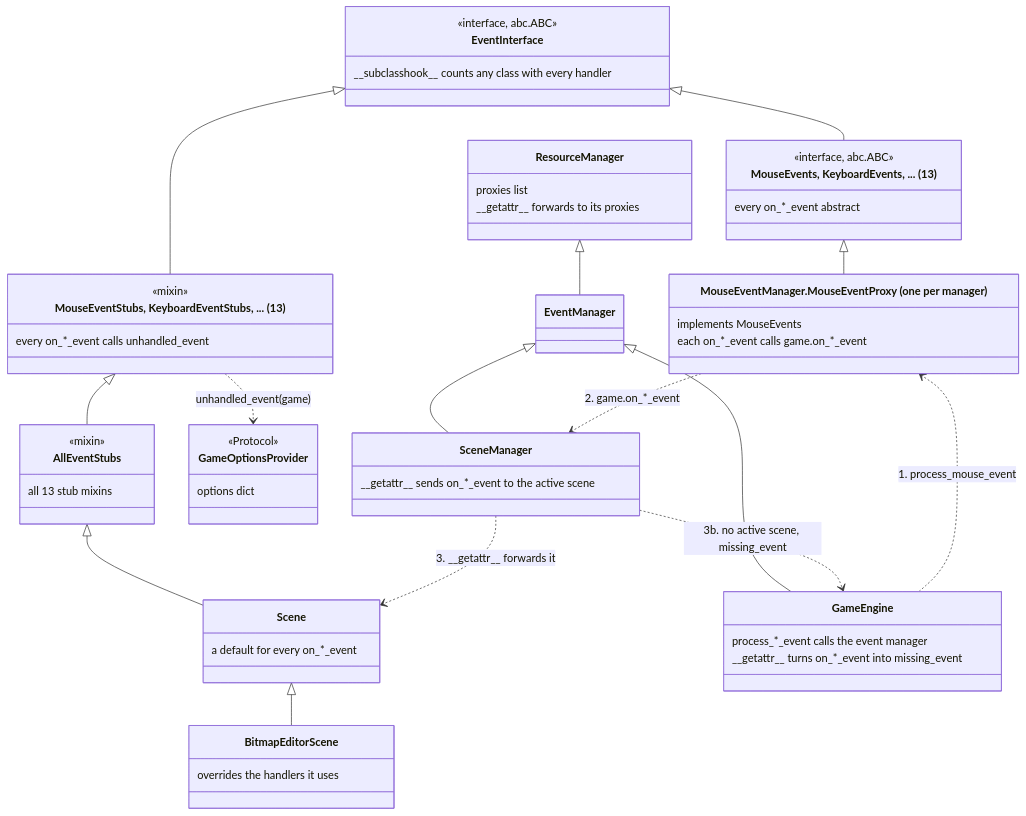
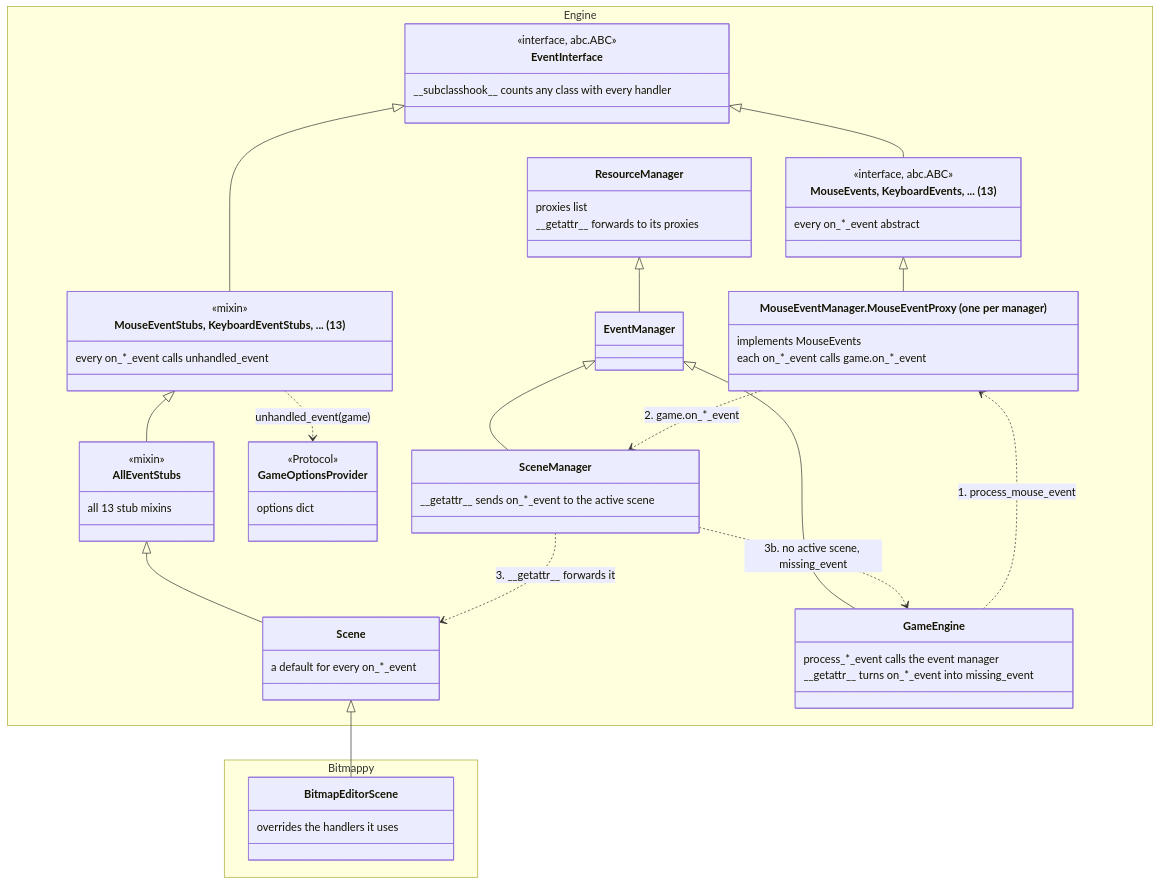
One commit to terrysimons/glitchygames changed the second of 10 diagrams in docs/architecture/bitmappy.md. Above: the diagram before and after it, drawn with Mermaid. The commit also changed other lines of this file and 5 other files, not shown here.

First line of the commit message:
Docs: every diagram that mixes engine and game code shows the split

````diff
--- a/docs/architecture/bitmappy.md
+++ b/docs/architecture/bitmappy.md
@@ -69,62 +75,66 @@
 ```mermaid
 classDiagram
     direction TB
-    class EventInterface {
-        <<interface, abc.ABC>>
-        #95;#95;subclasshook#95;#95; counts any class with every handler
+    namespace Engine {
+        class EventInterface {
+            <<interface, abc.ABC>>
+            #95;#95;subclasshook#95;#95; counts any class with every handler
+        }
+        class EventInterfaces["MouseEvents, KeyboardEvents, ... (13)"] {
+            <<interface, abc.ABC>>
+            every on#95;#42;#95;event abstract
+        }
+        class EventStubs["MouseEventStubs, KeyboardEventStubs, ... (13)"] {
+            <<mixin>>
+            every on#95;#42;#95;event calls unhandled#95;event
+        }
+        class AllEventStubs {
+            <<mixin>>
+            all 13 stub mixins
+        }
+        class GameOptionsProvider {
+            <<Protocol>>
+            options dict
+        }
+        class Scene {
+            a default for every on#95;#42;#95;event
+        }
+        class ManagerProxy["MouseEventManager.MouseEventProxy (one per manager)"] {
+            implements MouseEvents
+            each on#95;#42;#95;event calls game.on#95;#42;#95;event
+        }
+        class ResourceManager {
+            proxies list
+            #95;#95;getattr#95;#95; forwards to its proxies
+        }
+        class EventManager
+        class GameEngine {
+            process#95;#42;#95;event calls the event manager
+            #95;#95;getattr#95;#95; turns on#95;#42;#95;event into missing#95;event
+        }
+        class SceneManager {
+            #95;#95;getattr#95;#95; sends on#95;#42;#95;event to the active scene
+        }
     }
-    class EventInterfaces["MouseEvents, KeyboardEvents, ... (13)"] {
-        <<interface, abc.ABC>>
-        every on#95;#42;#95;event abstract
-    }
-    class EventStubs["MouseEventStubs, KeyboardEventStubs, ... (13)"] {
-        <<mixin>>
-        every on#95;#42;#95;event calls unhandled#95;event
-    }
-    class AllEventStubs {
-        <<mixin>>
-        all 13 stub mixins
-    }
-    class GameOptionsProvider {
-        <<Protocol>>
-        options dict
-    }
-    class Scene {
-        a default for every on#95;#42;#95;event
-    }
-    class BitmapEditorScene {
-        overrides the handlers it uses
-    }
-    class ManagerProxy["MouseEventManager.MouseEventProxy (one per manager)"] {
-        implements MouseEvents
-        each on#95;#42;#95;event calls game.on#95;#42;#95;event
-    }
-    class ResourceManager {
-        proxies list
-        #95;#95;getattr#95;#95; forwards to its proxies
-    }
-    class EventManager
-    class GameEngine {
-        process#95;#42;#95;event calls the event manager
-        #95;#95;getattr#95;#95; turns on#95;#42;#95;event into missing#95;event
-    }
-    class SceneManager {
-        #95;#95;getattr#95;#95; sends on#95;#42;#95;event to the active scene
+    namespace Bitmappy {
+        class BitmapEditorScene {
+            overrides the handlers it uses
+        }
     }
 
     EventInterface <|-- EventInterfaces
     EventInterface <|-- EventStubs
     EventStubs <|-- AllEventStubs
     AllEventStubs <|-- Scene
     Scene <|-- BitmapEditorScene
     EventInterfaces <|-- ManagerProxy
     ResourceManager <|-- EventManager
     EventManager <|-- GameEngine
     EventManager <|-- SceneManager
 
     GameEngine ..> ManagerProxy : 1. process#95;mouse#95;event
     ManagerProxy ..> SceneManager : 2. game.on#95;#42;#95;event
     SceneManager ..> Scene : 3. #95;#95;getattr#95;#95; forwards it
     SceneManager ..> GameEngine : 3b. no active scene, missing#95;event
     EventStubs ..> GameOptionsProvider : unhandled#95;event(game)
 ```
````
